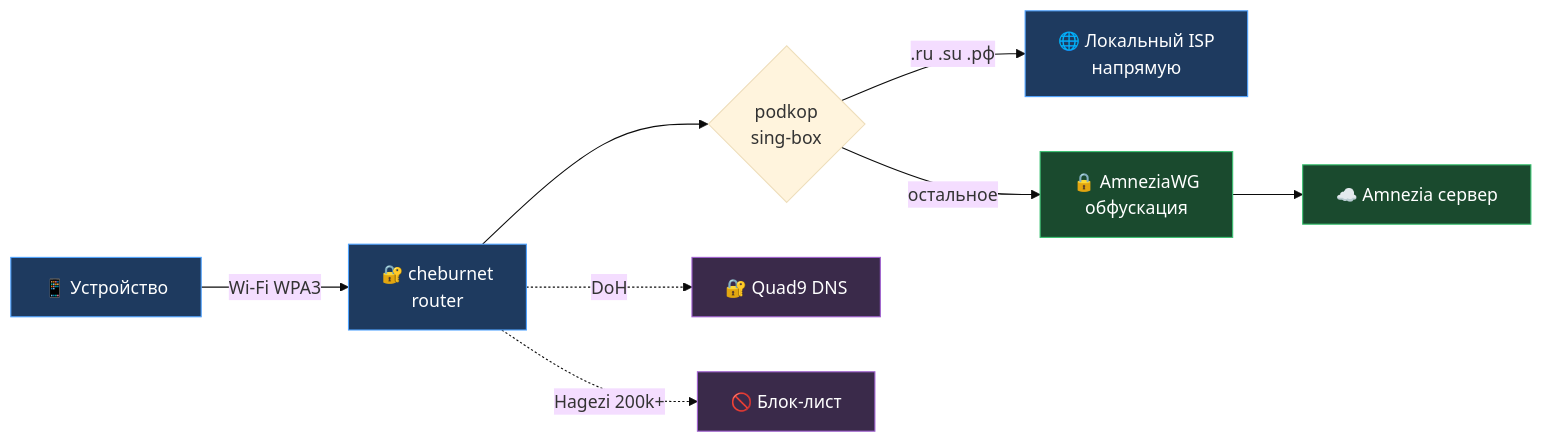
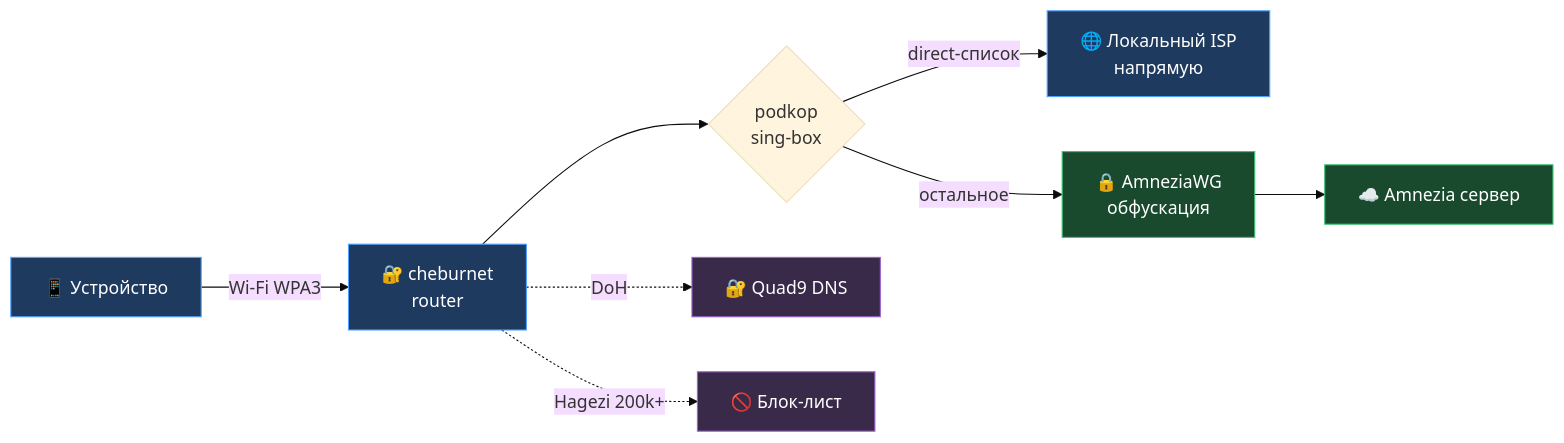
One commit to andreiyurik/cheburnet-router changed the second of 2 diagrams in README.md. Above: the diagram before and after it, drawn with Mermaid (base theme). The commit also changed other lines of this file, not shown here.

````diff
--- a/README.md
+++ b/README.md
@@ -422,17 +441,17 @@
 ```mermaid
 flowchart LR
     Phone["📱 Устройство"] -->|Wi-Fi WPA3| Router["🔐 cheburnet<br/>router"]
     Router --> Split{"podkop<br/>sing-box"}
-    Split -->|".ru .su .рф"| ISP["🌐 Локальный ISP<br/>напрямую"]
+    Split -->|"direct-список"| ISP["🌐 Локальный ISP<br/>напрямую"]
     Split -->|"остальное"| AWG["🔒 AmneziaWG<br/>обфускация"]
     AWG --> Server["☁️ Amnezia сервер"]
     Router -.->|"DoH"| Quad9["🔐 Quad9 DNS"]
     Router -.->|"Hagezi 200k+"| Block["🚫 Блок-лист"]
 
     classDef ru fill:#1e3a5f,stroke:#4fa3ff,color:#fff
     classDef vpn fill:#1a4a2e,stroke:#3bc272,color:#fff
     classDef dns fill:#3a2a4a,stroke:#a060d0,color:#fff
     class Router,Phone,ISP ru
     class AWG,Server vpn
     class Quad9,Block dns
 ```
````
